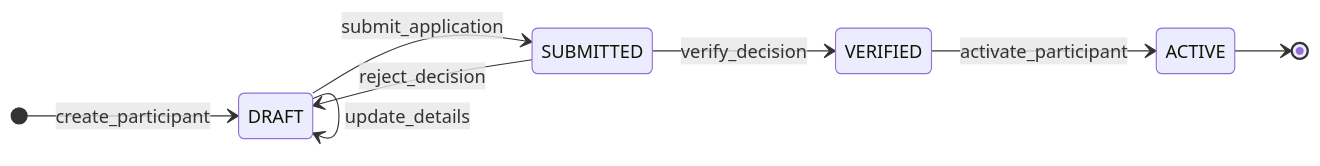
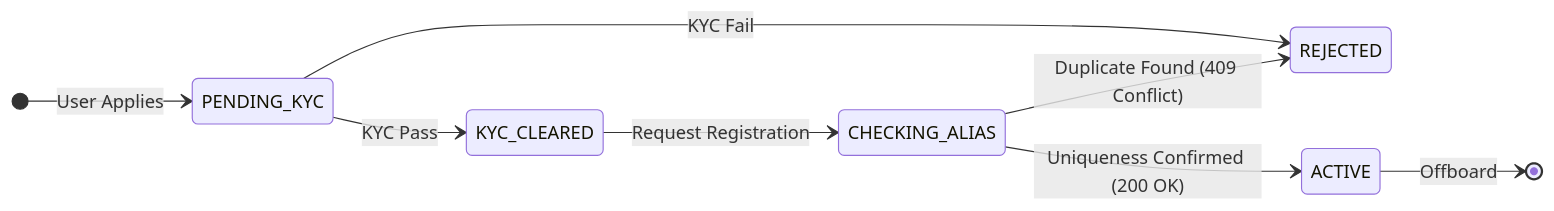
Before and after one commit to nnworkspace/elan: the diagram in 40-specifications/onboarding/onboarding-functional-spec.md, drawn with Mermaid. The commit also changed other lines of this file and 5 other files, not shown here.

````diff
--- a/40-specifications/onboarding/onboarding-functional-spec.md
+++ b/40-specifications/onboarding/onboarding-functional-spec.md
@@ -41,19 +48,15 @@
 ```mermaid
 stateDiagram-v2
     direction LR
     
-    %% States
-    state "DRAFT" as s1
-    state "SUBMITTED" as s2
-    state "VERIFIED" as s3
-    state "ACTIVE" as s4
-
-    %% Transitions
-    [*] --> s1 : create_participant
-    s1 --> s1 : update_details
-    s1 --> s2 : submit_application
-    s2 --> s3 : verify_decision
-    s2 --> s1 : reject_decision
-    s3 --> s4 : activate_participant
-    s4 --> [*]
+    [*] --> PENDING_KYC : User Applies
+    PENDING_KYC --> REJECTED : KYC Fail
+    PENDING_KYC --> KYC_CLEARED : KYC Pass
+    
+    KYC_CLEARED --> CHECKING_ALIAS : Request Registration
+    
+    CHECKING_ALIAS --> ACTIVE : Uniqueness Confirmed (200 OK)
+    CHECKING_ALIAS --> REJECTED : Duplicate Found (409 Conflict)
+    
+    ACTIVE --> [*] : Offboard
 ```
````
